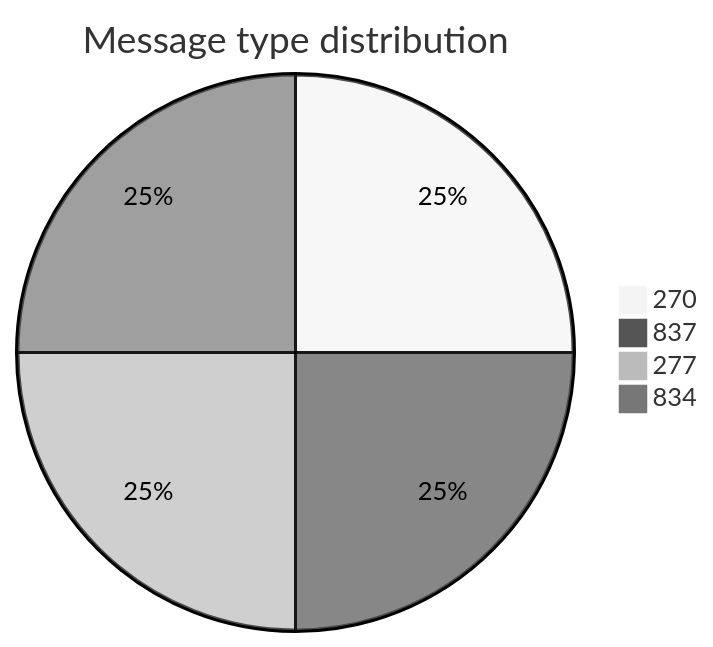
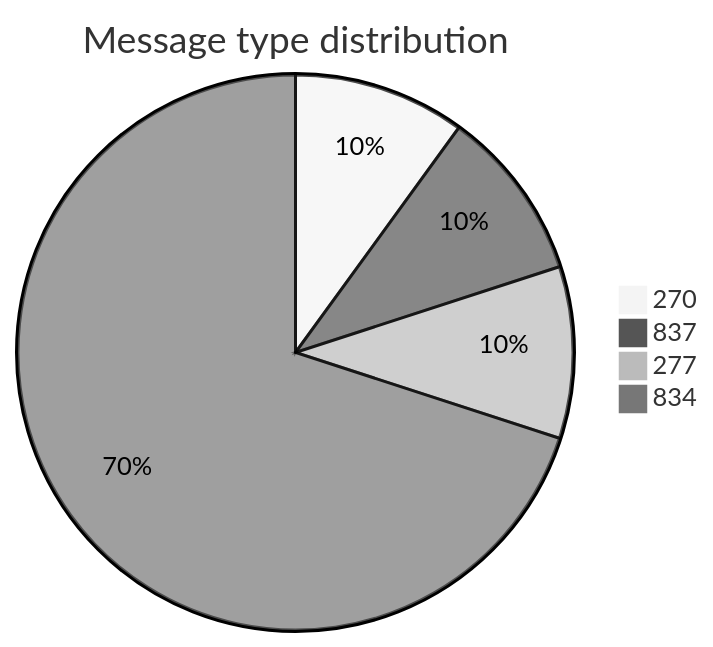
The first of 10 diagrams in test-tools/DataGen/src/Statistics_Visualizer.md (dhagan-va/intern-2025), drawn with Mermaid (neutral theme) before and after one commit. The commit also changed other lines of this file and 3 other files, not shown here.

````diff
--- a/test-tools/DataGen/src/Statistics_Visualizer.md
+++ b/test-tools/DataGen/src/Statistics_Visualizer.md
@@ -18,7 +18,7 @@
 ```mermaid
 pie title Message type distribution
-    "270" : 1000
-    "837" : 1000
-    "277" : 1000
-    "834" : 1000
+    "270" : 5
+    "837" : 5
+    "277" : 5
+    "834" : 35
 ```
````
